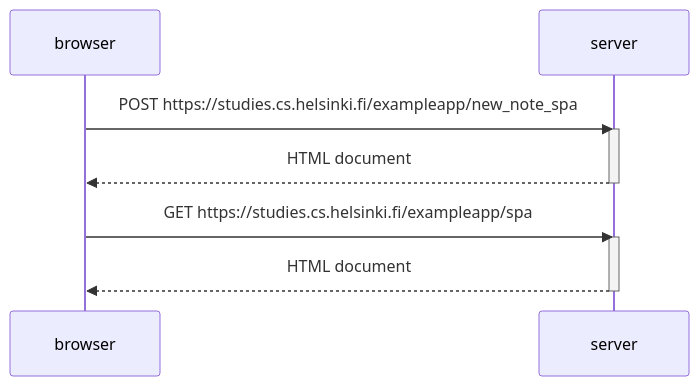
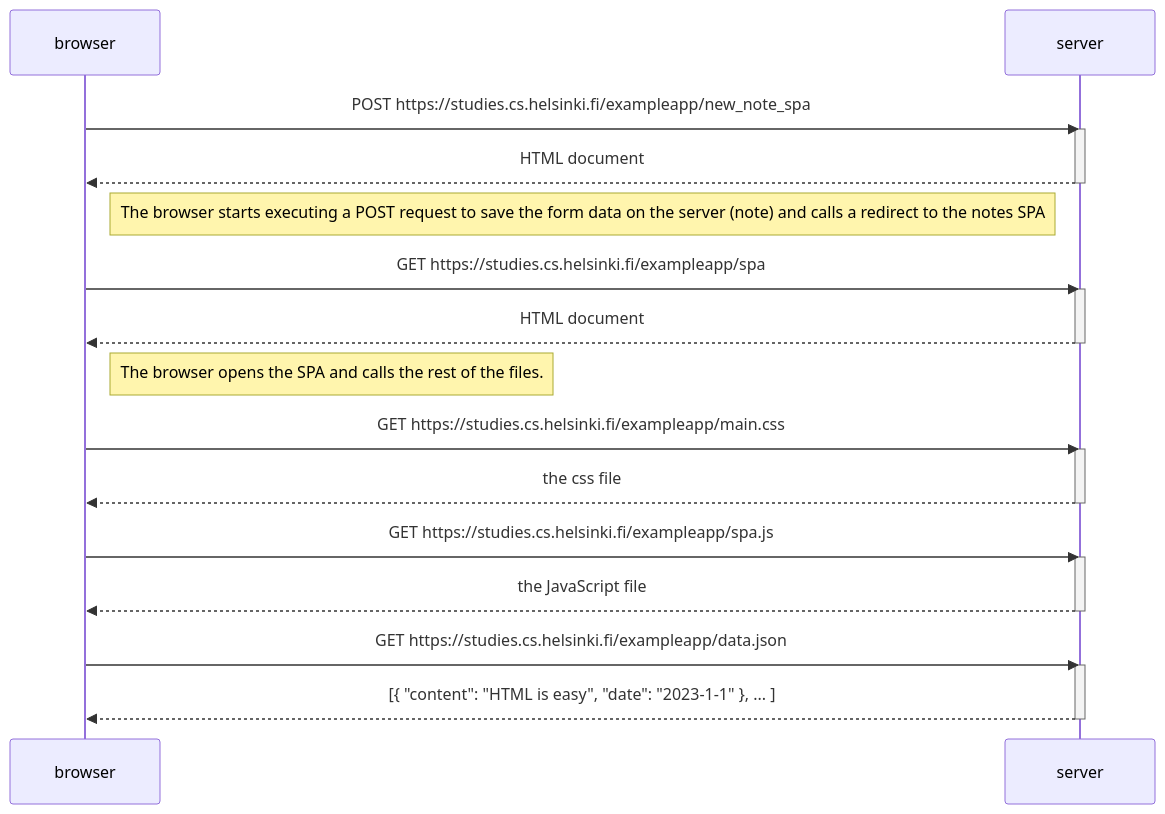
One commit to juicyj201/FullStack changed the diagram in SinglePageNewNoteDiagram.md. Above: the diagram before and after it, drawn with Mermaid. The commit also changed 2 other files, not shown here.

Commit message:
Added changes

````diff
--- a/SinglePageNewNoteDiagram.md
+++ b/SinglePageNewNoteDiagram.md
@@ -1,17 +1,36 @@
 ```mermaid
 
 sequenceDiagram
     participant browser
     participant server
 
     browser->>server: POST https://studies.cs.helsinki.fi/exampleapp/new_note_spa
     activate server
     server-->>browser: HTML document
     deactivate server
 
+    Note right of browser: The browser starts executing a POST request to save the form data on the server (note) and calls a redirect to the notes SPA
+
     browser->>server: GET https://studies.cs.helsinki.fi/exampleapp/spa
     activate server
     server-->>browser: HTML document
     deactivate server
 
+    Note right of browser: The browser opens the SPA and calls the rest of the files.
+
+    browser->>server: GET https://studies.cs.helsinki.fi/exampleapp/main.css
+    activate server
+    server-->>browser: the css file
+    deactivate server
+
+    browser->>server: GET https://studies.cs.helsinki.fi/exampleapp/spa.js
+    activate server
+    server-->>browser: the JavaScript file
+    deactivate server
+
+    browser->>server: GET https://studies.cs.helsinki.fi/exampleapp/data.json
+    activate server
+    server-->>browser: [{ "content": "HTML is easy", "date": "2023-1-1" }, ... ]
+    deactivate server
+
 ```
````
